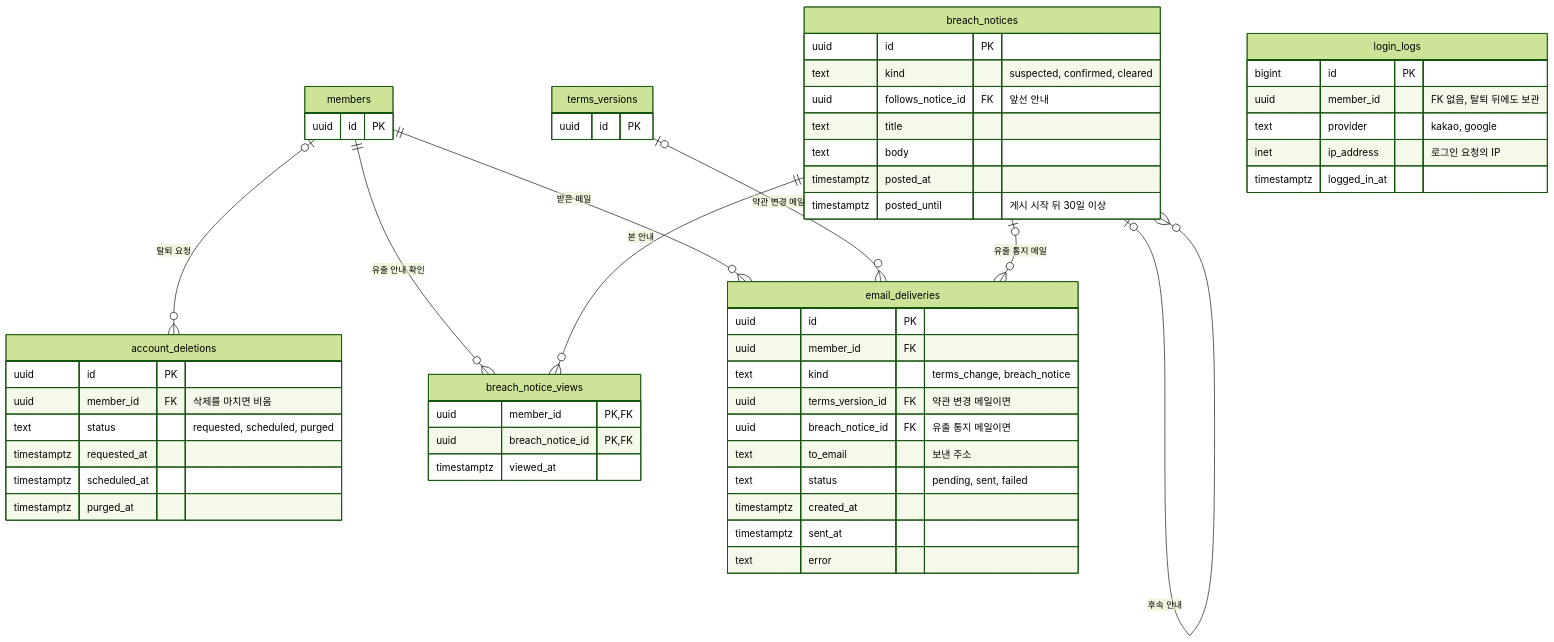
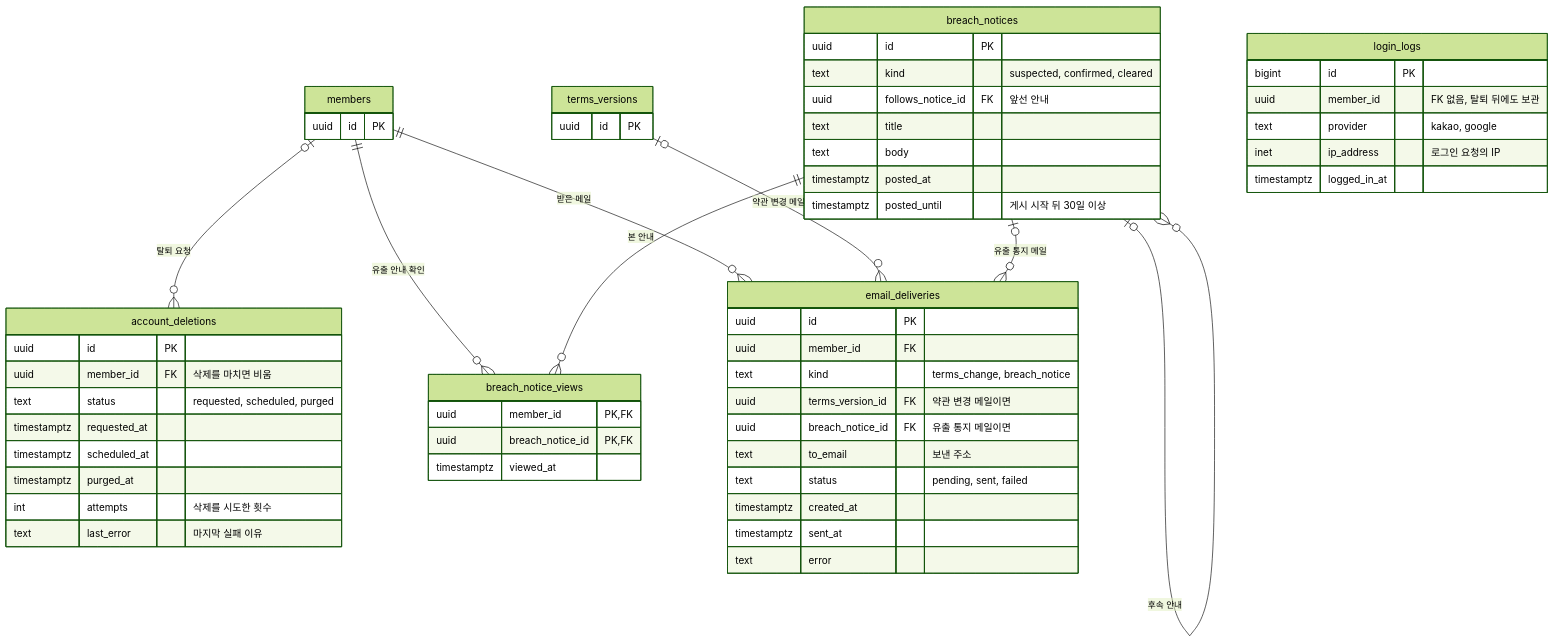
One commit to god3v/hamtteukka changed the second of 2 diagrams in docs/specs/001-account/design/erd.md. Above: the diagram before and after it, drawn with Mermaid (forest theme). The commit also changed other lines of this file and 4 other files, not shown here.

````diff
--- a/docs/specs/001-account/design/erd.md
+++ b/docs/specs/001-account/design/erd.md
@@ -69,57 +69,59 @@
 ```mermaid
 erDiagram
   members |o--o{ account_deletions : "탈퇴 요청"
   members ||--o{ breach_notice_views : "유출 안내 확인"
   breach_notices ||--o{ breach_notice_views : "본 안내"
   breach_notices |o--o{ breach_notices : "후속 안내"
   members ||--o{ email_deliveries : "받은 메일"
   terms_versions |o--o{ email_deliveries : "약관 변경 메일"
   breach_notices |o--o{ email_deliveries : "유출 통지 메일"
   members {
     uuid id PK
   }
   terms_versions {
     uuid id PK
   }
   account_deletions {
     uuid id PK
     uuid member_id FK "삭제를 마치면 비움"
     text status "requested, scheduled, purged"
     timestamptz requested_at
     timestamptz scheduled_at
     timestamptz purged_at
+    int attempts "삭제를 시도한 횟수"
+    text last_error "마지막 실패 이유"
   }
   login_logs {
     bigint id PK
     uuid member_id "FK 없음, 탈퇴 뒤에도 보관"
     text provider "kakao, google"
     inet ip_address "로그인 요청의 IP"
     timestamptz logged_in_at
   }
   breach_notices {
     uuid id PK
     text kind "suspected, confirmed, cleared"
     uuid follows_notice_id FK "앞선 안내"
     text title
     text body
     timestamptz posted_at
     timestamptz posted_until "게시 시작 뒤 30일 이상"
   }
   breach_notice_views {
     uuid member_id PK, FK
     uuid breach_notice_id PK, FK
     timestamptz viewed_at
   }
   email_deliveries {
     uuid id PK
     uuid member_id FK
     text kind "terms_change, breach_notice"
     uuid terms_version_id FK "약관 변경 메일이면"
     uuid breach_notice_id FK "유출 통지 메일이면"
     text to_email "보낸 주소"
     text status "pending, sent, failed"
     timestamptz created_at
     timestamptz sent_at
     text error
   }
 ```
````
